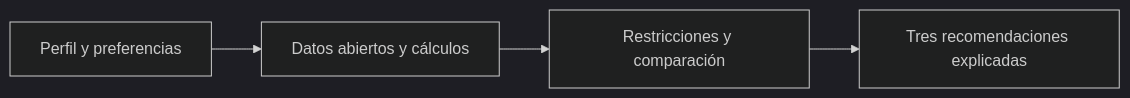
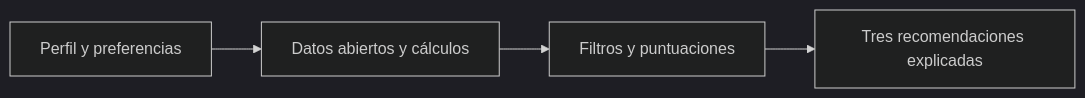
Before and after one commit to byanagarez/propuesta-DATAMAD26: the first of 3 diagrams in README.md, drawn with Mermaid (dark theme). The commit also changed other lines of this file, not shown here.

First line of the commit message:
Enhance README with scoring criteria and user flow

````diff
--- a/README.md
+++ b/README.md
@@ -29,6 +29,6 @@
 ```mermaid
 flowchart LR
     A[Perfil y preferencias] --> B[Datos abiertos y cálculos]
-    B --> C[Restricciones y comparación]
+    B --> C[Filtros y puntuaciones]
     C --> D[Tres recomendaciones explicadas]
 ```
````
